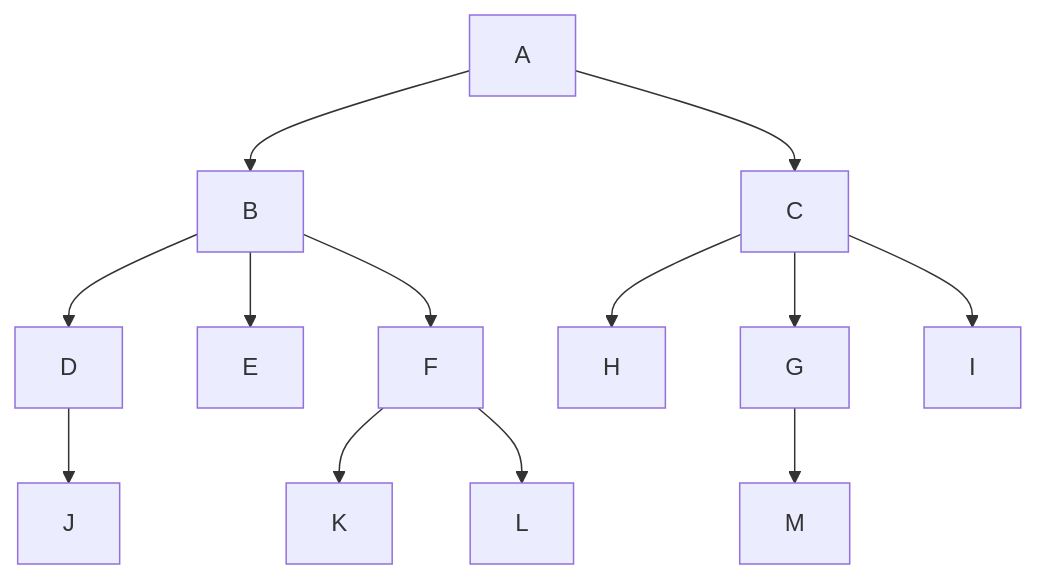
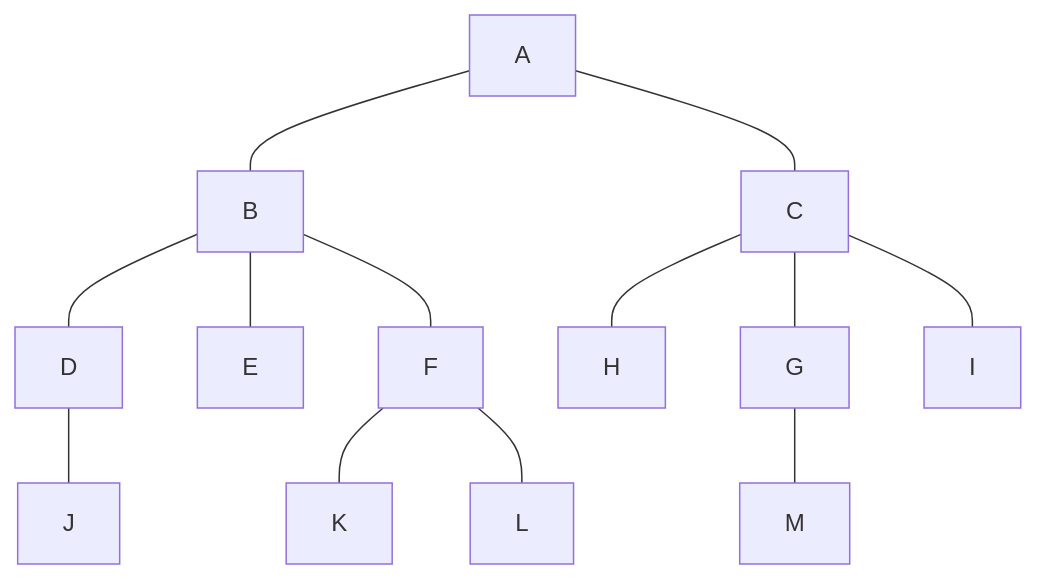
The first of 7 diagrams in Data Structures - BinaryTraversal.qmd (eo1989/mkt_notes_general), drawn with Mermaid before and after one commit. The commit also changed other lines of this file and 2 other files, not shown here.

````diff
--- a/Data Structures - BinaryTraversal.qmd
+++ b/Data Structures - BinaryTraversal.qmd
@@ -45,27 +40,27 @@
 ```{mermaid}
 graph TB
     %% A((1)) --> B((2))
     %% A --> C((3))
     %% B --> D((4))
     %% B --> E((5))
     %% B --> F((6))
     %% D --> J((10))
     %% F --> K((11))
     %% F --> L((12))
     %% C --> H((7))
     %% C --> I((9))
     %% C --> G((8))
     %% G --> M((13))
-    A --> B
-    A --> C
-    B --> D
-    B --> E
-    B --> F
-    D --> J
-    F --> K
-    F --> L
-    C --> H
-    G --> M
-    C --> I
-    C --> G
+    A --- B
+    A --- C
+    B --- D
+    B --- E
+    B --- F
+    D --- J
+    F --- K
+    F --- L
+    C --- H
+    G --- M
+    C --- I
+    C --- G
 ```
````
